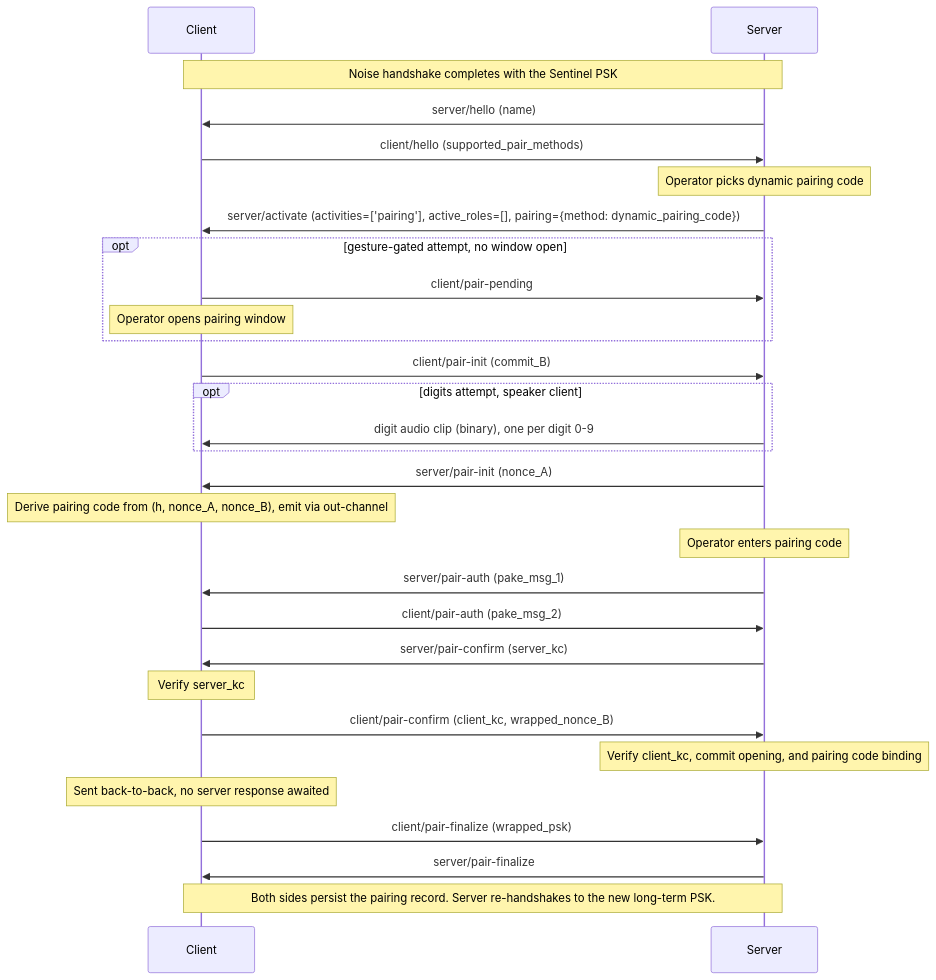
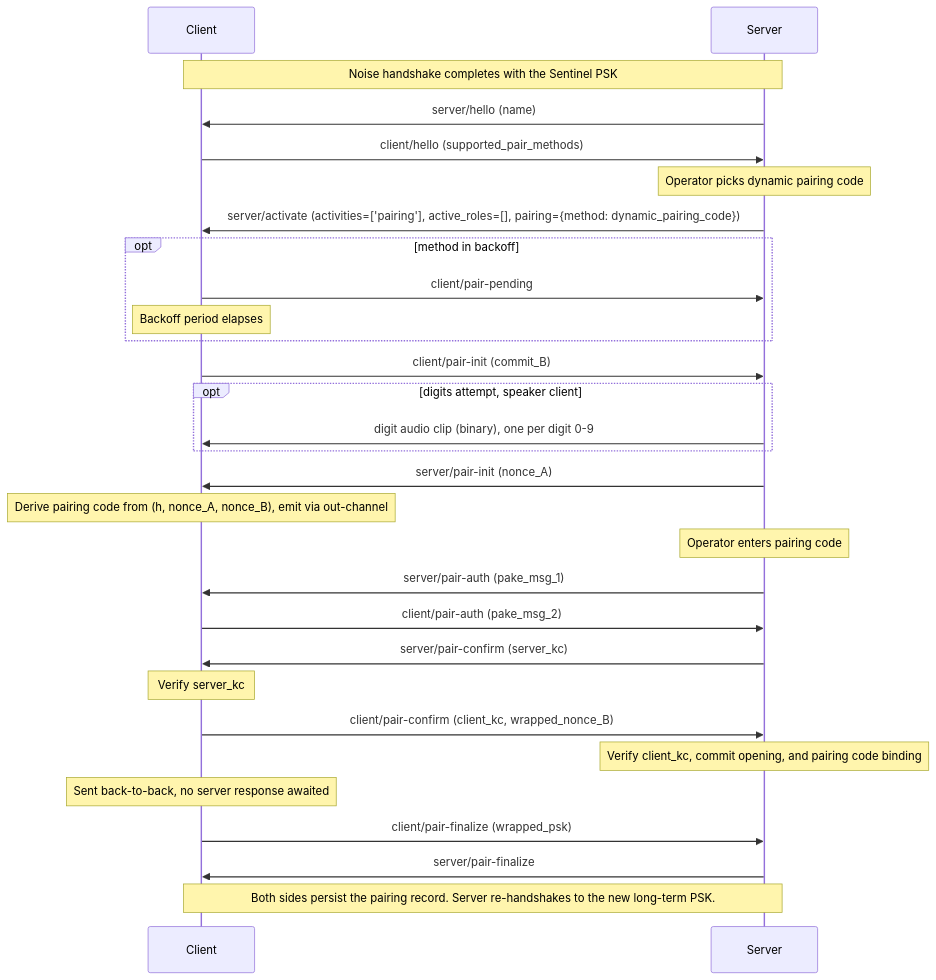
Before and after one commit to Resonate-Protocol/spec: the third of 4 diagrams in README.md, drawn with Mermaid. The commit also changed other lines of this file and 1 other file, not shown here.

First line of the commit message:
Rework pairing attempt gating

````diff
--- a/README.md
+++ b/README.md
@@ -820,33 +820,33 @@
 ```mermaid
 sequenceDiagram
     participant Client
     participant Server
 
     Note over Client,Server: Noise handshake completes with the Sentinel PSK
 
     Server->>Client: server/hello (name)
     Client->>Server: client/hello (supported_pair_methods)
     Note over Server: Operator picks dynamic pairing code
     Server->>Client: server/activate (activities=['pairing'], active_roles=[], pairing={method: dynamic_pairing_code})
-    opt gesture-gated attempt, no window open
+    opt method in backoff
         Client->>Server: client/pair-pending
-        Note over Client: Operator opens pairing window
+        Note over Client: Backoff period elapses
     end
     Client->>Server: client/pair-init (commit_B)
     opt digits attempt, speaker client
         Server->>Client: digit audio clip (binary), one per digit 0-9
     end
     Server->>Client: server/pair-init (nonce_A)
     Note over Client: Derive pairing code from (h, nonce_A, nonce_B), emit via out-channel
     Note over Server: Operator enters pairing code
     Server->>Client: server/pair-auth (pake_msg_1)
     Client->>Server: client/pair-auth (pake_msg_2)
     Server->>Client: server/pair-confirm (server_kc)
     Note over Client: Verify server_kc
     Client->>Server: client/pair-confirm (client_kc, wrapped_nonce_B)
     Note over Server: Verify client_kc, commit opening, and pairing code binding
     Note over Client: Sent back-to-back, no server response awaited
     Client->>Server: client/pair-finalize (wrapped_psk)
     Server->>Client: server/pair-finalize
     Note over Client,Server: Both sides persist the pairing record. Server re-handshakes to the new long-term PSK.
 ```
````
